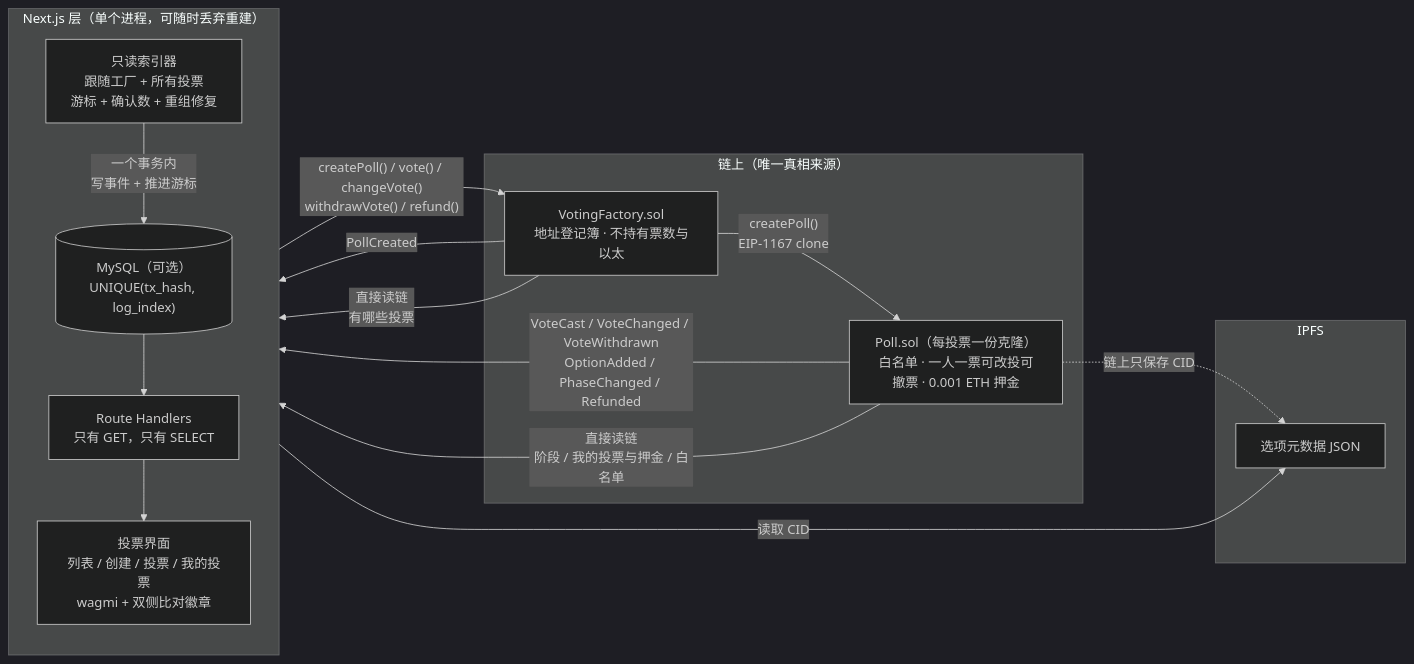
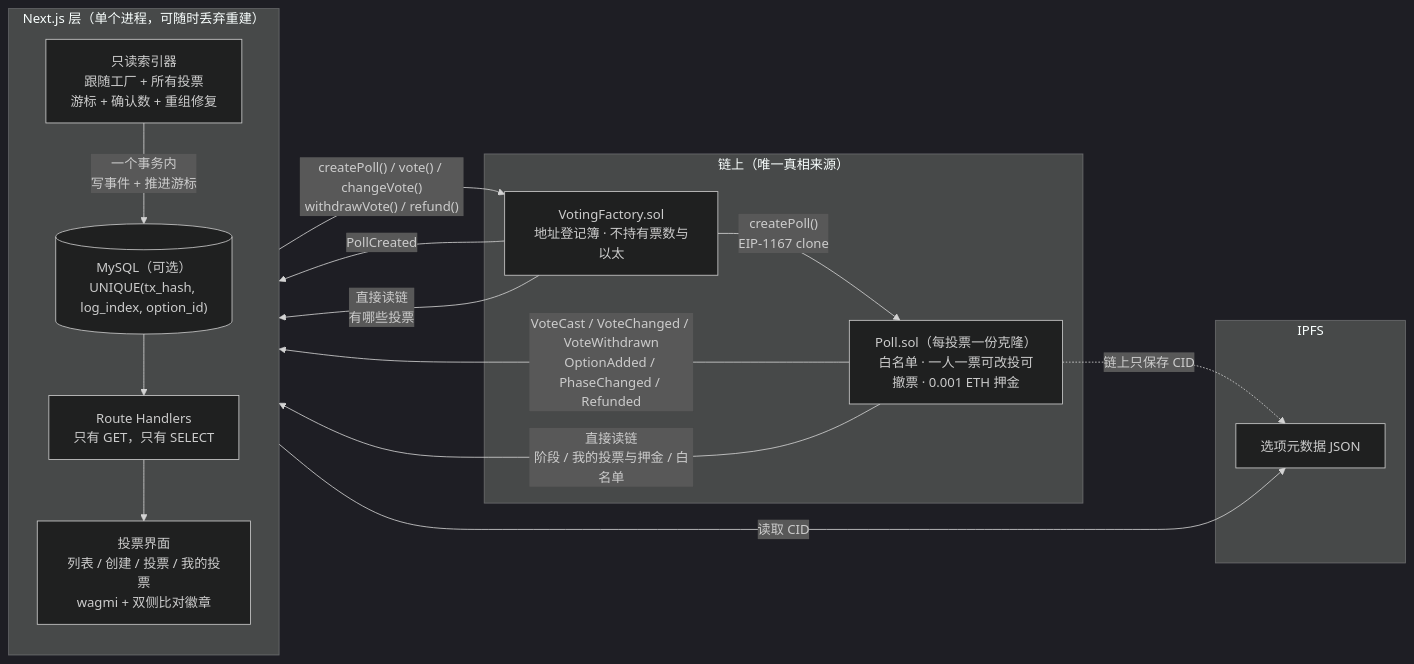
The diagram in README.md (Zwh-1/decentralized-voting-dapp), drawn with Mermaid (dark theme) before and after one commit. The commit also changed other lines of this file and 36 other files, not shown here.

````diff
--- a/README.md
+++ b/README.md
@@ -32,31 +32,31 @@
 ```mermaid
 flowchart LR
     subgraph chain["链上（唯一真相来源）"]
         F["VotingFactory.sol<br/>地址登记簿 · 不持有票数与以太"]
         V["Poll.sol（每投票一份克隆）<br/>白名单 · 一人一票可改投可撤票 · 0.001 ETH 押金"]
         F -- "createPoll()<br/>EIP-1167 clone" --> V
     end
 
     subgraph ipfs["IPFS"]
         M["选项元数据 JSON"]
     end
 
     subgraph app["Next.js 层（单个进程，可随时丢弃重建）"]
         direction TB
         I["只读索引器<br/>跟随工厂 + 所有投票<br/>游标 + 确认数 + 重组修复"]
-        DB[("MySQL（可选）<br/>UNIQUE(tx_hash, log_index)")]
+        DB[("MySQL（可选）<br/>UNIQUE(tx_hash, log_index, option_id)")]
         API["Route Handlers<br/>只有 GET，只有 SELECT"]
         UI["投票界面<br/>列表 / 创建 / 投票 / 我的投票<br/>wagmi + 双侧比对徽章"]
         I -- "一个事务内<br/>写事件 + 推进游标" --> DB
         DB --> API
         API --> UI
     end
 
     F -- "PollCreated" --> I
     V -- "VoteCast / VoteChanged / VoteWithdrawn<br/>OptionAdded / PhaseChanged / Refunded" --> I
     F -- "直接读链<br/>有哪些投票" --> UI
     V -- "直接读链<br/>阶段 / 我的投票与押金 / 白名单" --> UI
     UI -- "createPoll() / vote() / changeVote()<br/>withdrawVote() / refund()" --> F
     UI -- "读取 CID" --> M
     V -. "链上只保存 CID" .-> M
 ```
````
